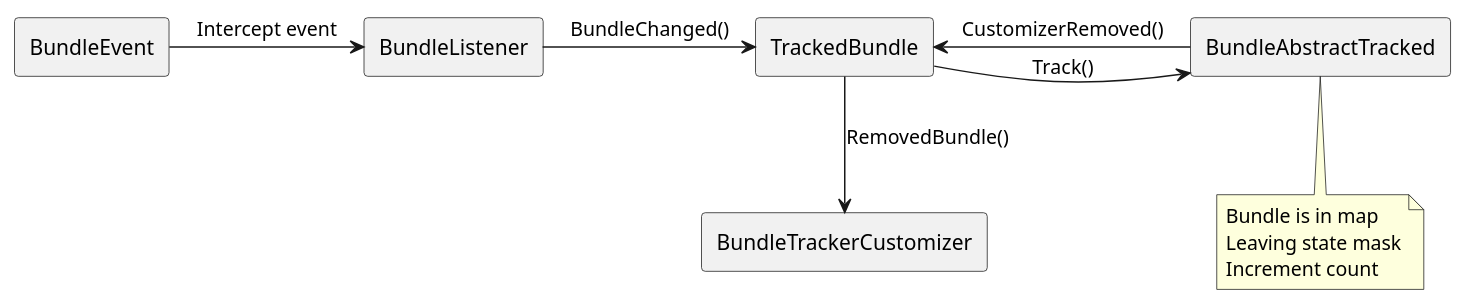
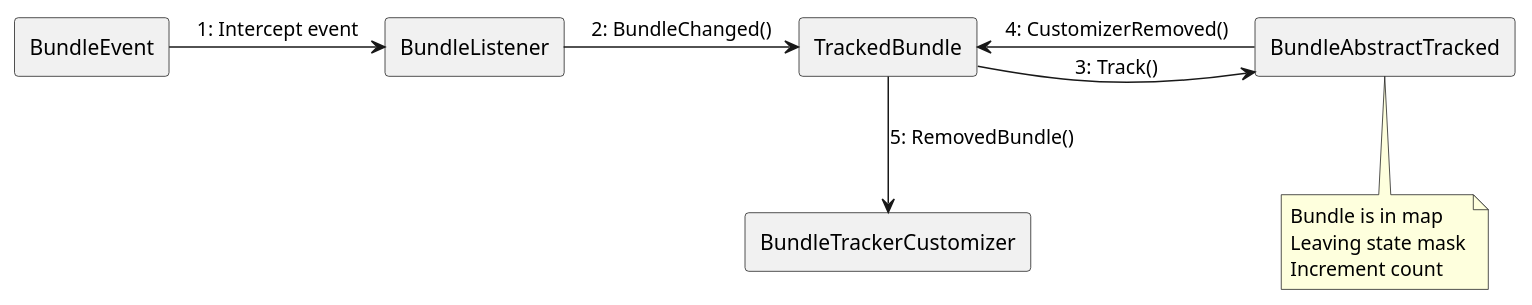
Before and after one commit to CppMicroServices/rfcs: the diagram in text/0009-BundleTracker-integration/rem_bundletracker.puml, drawn with PlantUML. The commit also changed 12 other files, not shown here.

Commit message:
Add numbering to communication diagrams

```diff
--- a/text/0009-BundleTracker-integration/rem_bundletracker.puml
+++ b/text/0009-BundleTracker-integration/rem_bundletracker.puml
@@ -1,20 +1,20 @@
 @startuml rembundle_diagram
 
 rectangle "BundleEvent" as BE
 rectangle "BundleListener" as BL
 'rectangle "BundleTracker" as BT
 'rectangle "BundleTrackerPrivate" as BTP
 rectangle "TrackedBundle" as TB
 'rectangle "BundleContext" as BC
 rectangle "BundleAbstractTracked" as BAT
 rectangle "BundleTrackerCustomizer" as BTC
 
-BE -> BL : Intercept event
-BL -> TB : BundleChanged()
-TB -> BAT : Track()
-TB <- BAT: CustomizerRemoved()
-TB -d-> BTC : RemovedBundle()
+BE -> BL : 1: Intercept event
+BL -> TB : 2: BundleChanged()
+TB -> BAT : 3: Track()
+TB <- BAT: 4: CustomizerRemoved()
+TB -d-> BTC : 5: RemovedBundle()
 
 note bottom of BAT : Bundle is in map\nLeaving state mask\nIncrement count
 
 @enduml
```
